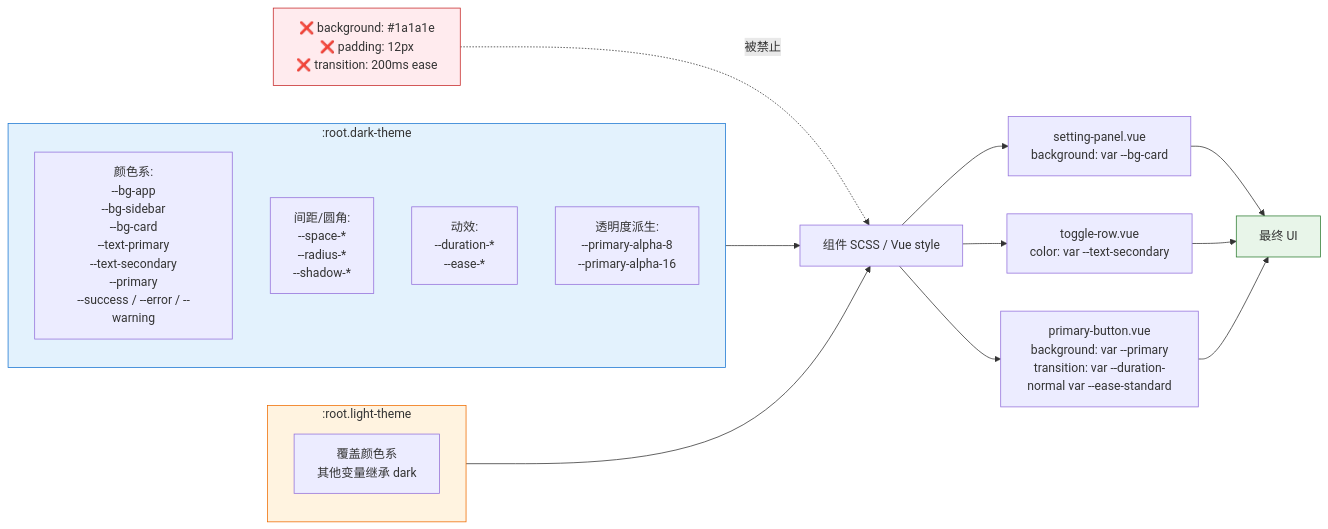
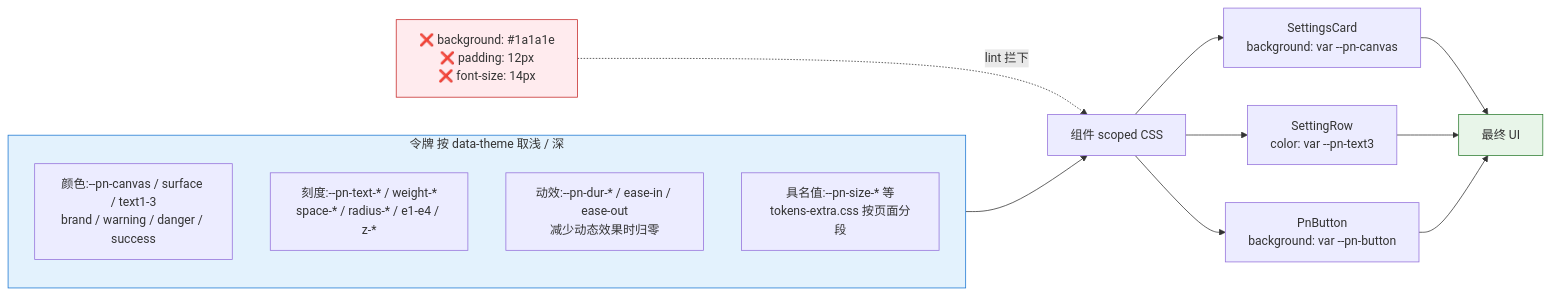
One commit to joeyliu6/PicNexus changed the third of 5 diagrams in docs/flows/settings-ui-architecture.md. Above: the diagram before and after it, drawn with Mermaid. The commit also changed other lines of this file and 17 other files, not shown here.

First line of the commit message:
docs: drop PrimeVue-era notes from the flows and the reference

````diff
--- a/docs/flows/settings-ui-architecture.md
+++ b/docs/flows/settings-ui-architecture.md
@@ -121,31 +108,22 @@
 ```mermaid
 flowchart LR
-    subgraph R[:root.dark-theme]
-        R1[颜色系:<br/>--bg-app<br/>--bg-sidebar<br/>--bg-card<br/>--text-primary<br/>--text-secondary<br/>--primary<br/>--success / --error / --warning]
-        R2[间距/圆角:<br/>--space-*<br/>--radius-*<br/>--shadow-*]
-        R3[动效:<br/>--duration-*<br/>--ease-*]
-        R4[透明度派生:<br/>--primary-alpha-8<br/>--primary-alpha-16]
+    subgraph T[令牌 按 data-theme 取浅 / 深]
+        T1[颜色:--pn-canvas / surface / text1-3<br/>brand / warning / danger / success]
+        T2[刻度:--pn-text-* / weight-*<br/>space-* / radius-* / e1-e4 / z-*]
+        T3[动效:--pn-dur-* / ease-in / ease-out<br/>减少动态效果时归零]
+        T4[具名值:--pn-size-* 等<br/>tokens-extra.css 按页面分段]
     end
 
-    subgraph L[:root.light-theme]
-        L1[覆盖颜色系<br/>其他变量继承 dark]
-    end
-
-    R --> C[组件 SCSS / Vue style]
-    L --> C
-
-    C --> C1[setting-panel.vue<br/>background: var --bg-card]
-    C --> C2[toggle-row.vue<br/>color: var --text-secondary]
-    C --> C3[primary-button.vue<br/>background: var --primary<br/>transition: var --duration-normal var --ease-standard]
-
+    T --> C[组件 scoped CSS]
+    C --> C1[SettingsCard<br/>background: var --pn-canvas]
+    C --> C2[SettingRow<br/>color: var --pn-text3]
+    C --> C3[PnButton<br/>background: var --pn-button]
     C1 & C2 & C3 --> U[最终 UI]
 
-    %% 禁止的写法
-    X[❌ background: #1a1a1e<br/>❌ padding: 12px<br/>❌ transition: 200ms ease]:::bad
-    X -.被禁止.-> C
+    X[❌ background: #1a1a1e<br/>❌ padding: 12px<br/>❌ font-size: 14px]:::bad
+    X -.lint 拦下.-> C
     classDef bad fill:#ffebee,stroke:#c62828
 
-    style R fill:#e3f2fd,stroke:#1976d2
-    style L fill:#fff3e0,stroke:#ef6c00
+    style T fill:#e3f2fd,stroke:#1976d2
     style U fill:#e8f5e9,stroke:#2e7d32
 ```
````
